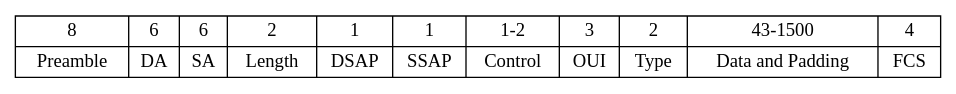
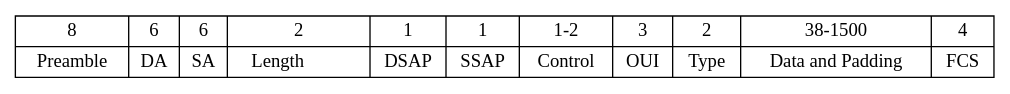
Before and after one commit to rhc/study-notes: the third of 3 diagrams in book/inputs/ethernet.adoc, drawn with Graphviz. The commit also changed other lines of this file and 240 other files, not shown here.

```diff
--- a/book/inputs/ethernet.adoc
+++ b/book/inputs/ethernet.adoc
@@ -29,7 +29,7 @@
 ["graphviz", target= 'ethernet-ieee802.3-snap']
 ----
 digraph g {
   node [shape = record,height=.1];
-  node0 [label ="{8|Preamble}|{6|DA}|{6|SA}|{2|Length}|{1|DSAP}|{1|SSAP}|{1-2|Control}|{3|OUI}|{2|Type}|{43\-1500|Data\ and\ Padding}|{4|FCS}"];
+  node0 [label ="{8|Preamble}|{6|DA}|{6|SA}|{2|Length\ \ \ \ \ \ \ \  }|{1|DSAP}|{1|SSAP}|{1-2|Control}|{3|OUI}|{2|Type}|{38\-1500|Data\ and\ Padding}|{4|FCS}"];
 }
 ----
```
